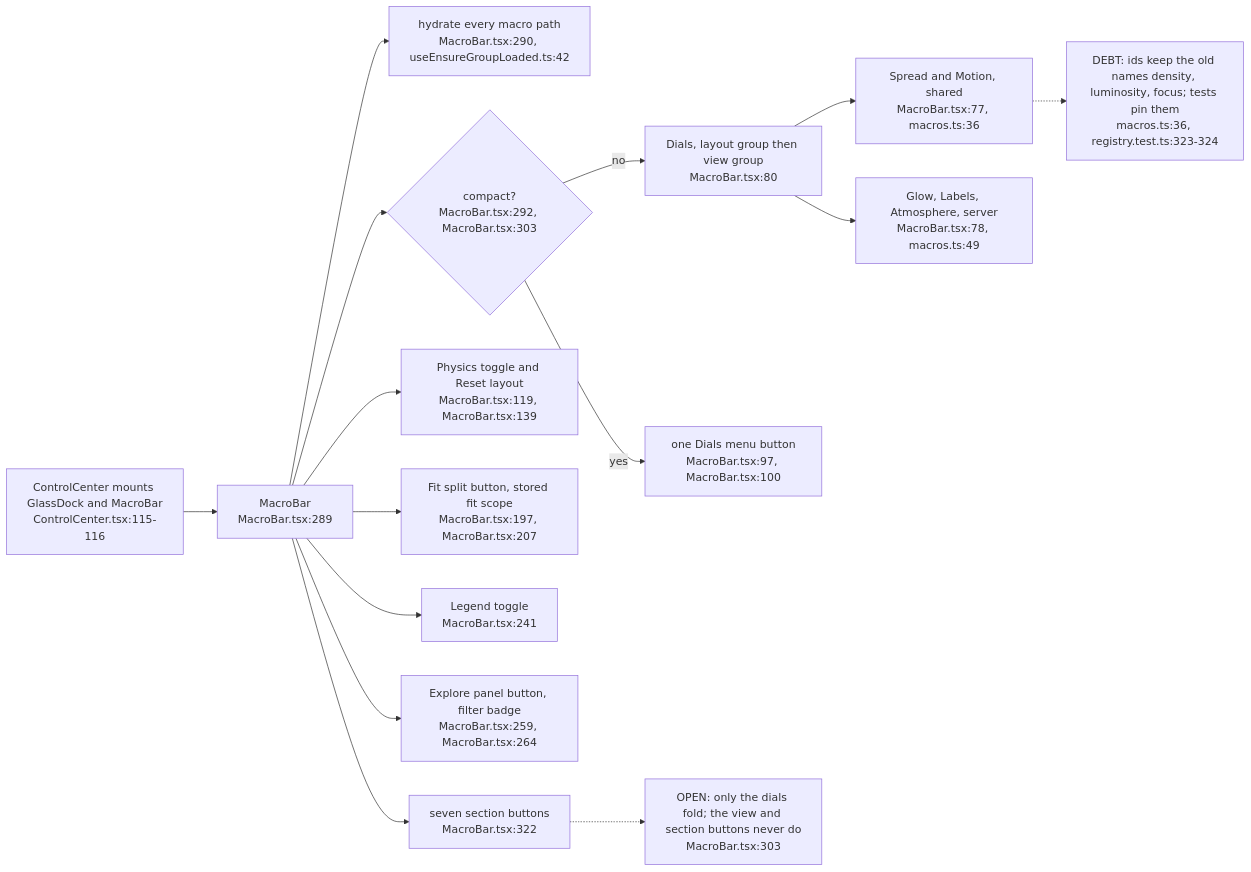
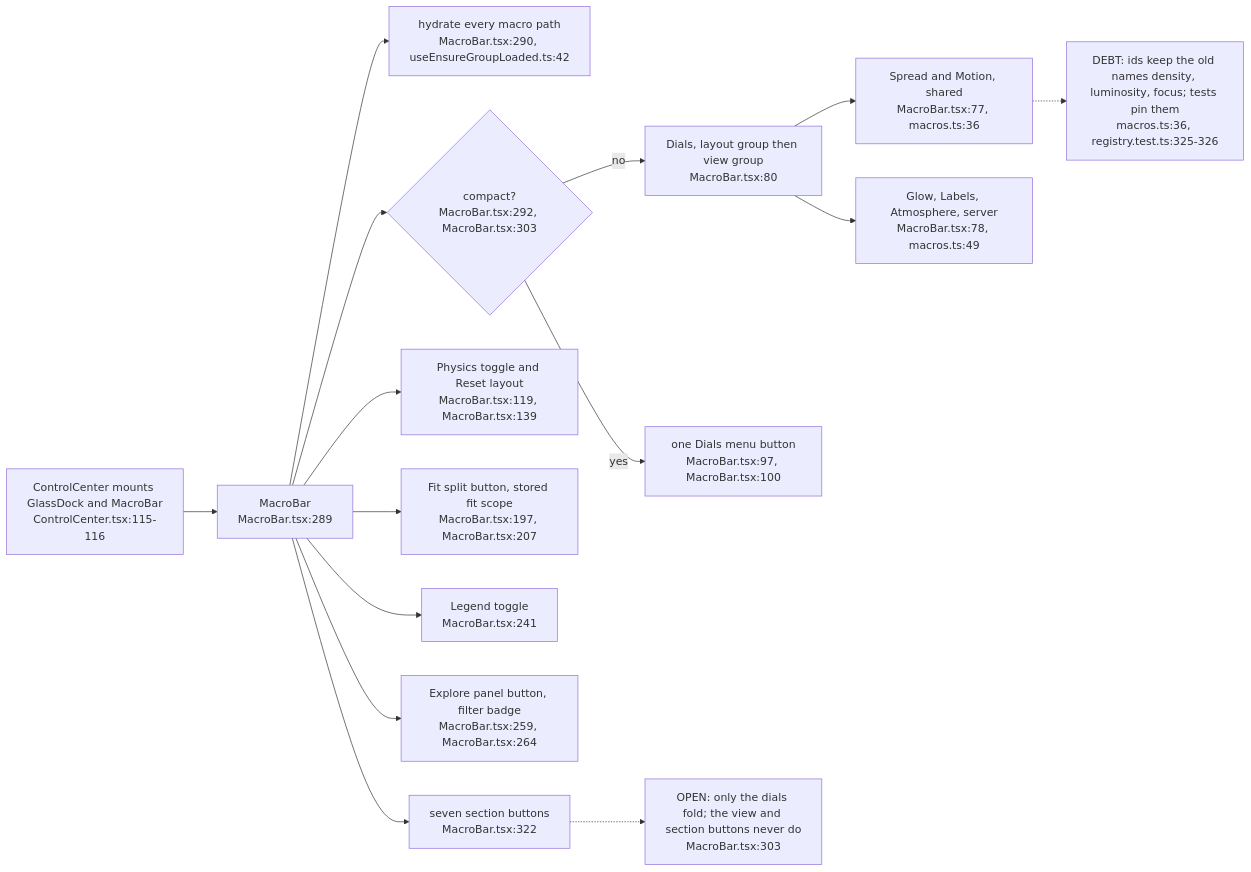
Before and after one commit to DreamLab-AI/VisionFlow: the sixth of 12 diagrams in docs/diagrams/visionclaw/57-control-centre-ia-and-drawer.md, drawn with Mermaid. The commit also changed other lines of this file and 46 other files, not shown here.

Commit message:
docs(diagrams): re-verify VisionClaw topics at 809a859aa/a950f4d80 after the consolidation pass

````diff
--- a/docs/diagrams/visionclaw/57-control-centre-ia-and-drawer.md
+++ b/docs/diagrams/visionclaw/57-control-centre-ia-and-drawer.md
@@ -190,17 +215,17 @@
 ```mermaid
 flowchart LR
     CC["ControlCenter mounts GlassDock and MacroBar<br/>ControlCenter.tsx:115-116"] --> MB["MacroBar<br/>MacroBar.tsx:289"]
     MB --> HYD["hydrate every macro path<br/>MacroBar.tsx:290, useEnsureGroupLoaded.ts:42"]
     MB --> FOLD{"compact?<br/>MacroBar.tsx:292, MacroBar.tsx:303"}
     FOLD -->|no| DIALS["Dials, layout group then view group<br/>MacroBar.tsx:80"]
     FOLD -->|yes| DM["one Dials menu button<br/>MacroBar.tsx:97, MacroBar.tsx:100"]
     DIALS --> LD["Spread and Motion, shared<br/>MacroBar.tsx:77, macros.ts:36"]
     DIALS --> VD["Glow, Labels, Atmosphere, server<br/>MacroBar.tsx:78, macros.ts:49"]
     MB --> PT["Physics toggle and Reset layout<br/>MacroBar.tsx:119, MacroBar.tsx:139"]
     MB --> FIT["Fit split button, stored fit scope<br/>MacroBar.tsx:197, MacroBar.tsx:207"]
     MB --> LEG["Legend toggle<br/>MacroBar.tsx:241"]
     MB --> EXP["Explore panel button, filter badge<br/>MacroBar.tsx:259, MacroBar.tsx:264"]
     MB --> SEC["seven section buttons<br/>MacroBar.tsx:322"]
-    LD -.-> IDS["DEBT: ids keep the old names density, luminosity, focus; tests pin them<br/>macros.ts:36, registry.test.ts:323-324"]
+    LD -.-> IDS["DEBT: ids keep the old names density, luminosity, focus; tests pin them<br/>macros.ts:36, registry.test.ts:325-326"]
     SEC -.-> ONE["OPEN: only the dials fold; the view and section buttons never do<br/>MacroBar.tsx:303"]
 ```
````
